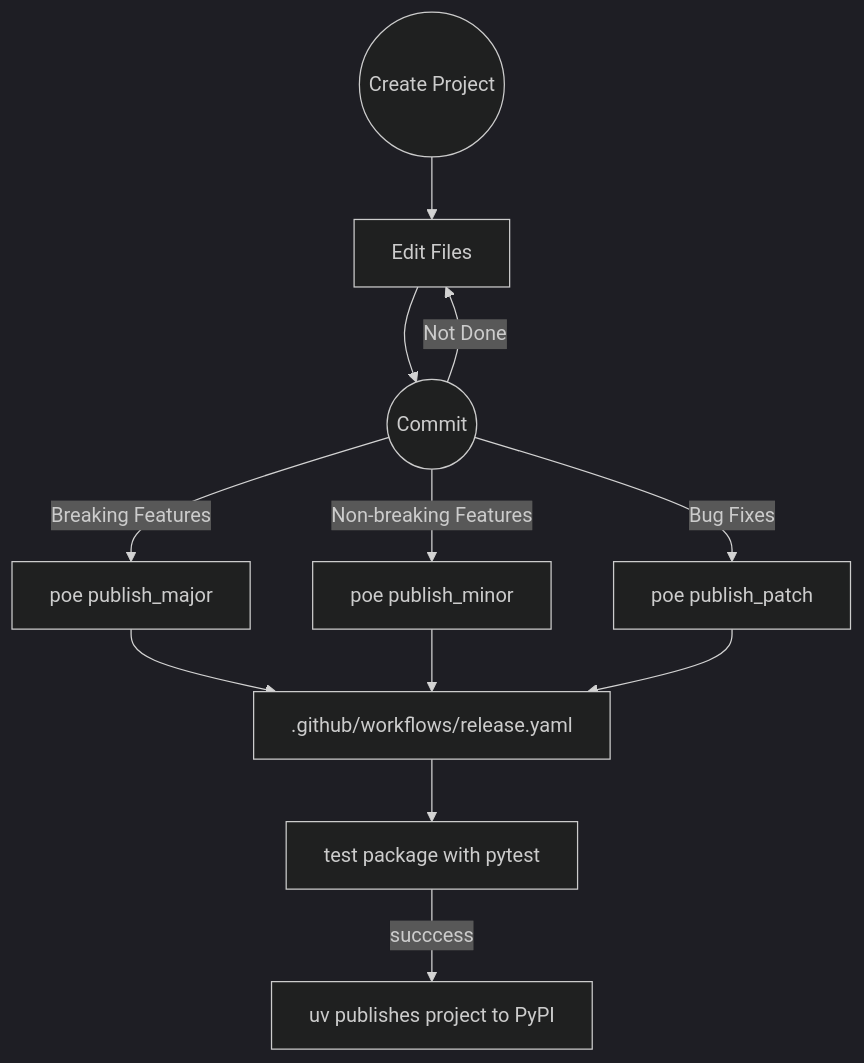
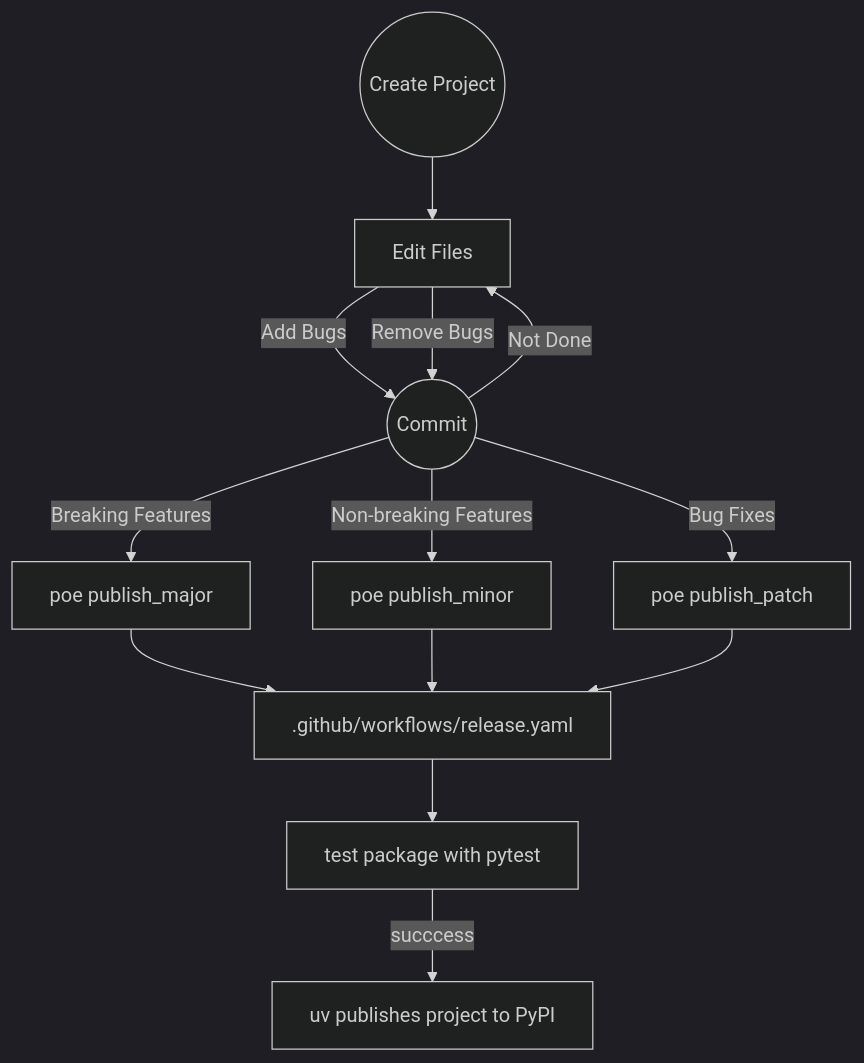
The diagram in README.md (JnyJny/python-package-cookiecutter), drawn with Mermaid (dark theme) before and after one commit. The commit also changed other lines of this file, not shown here.

````diff
--- a/README.md
+++ b/README.md
@@ -168,14 +170,15 @@
 ```mermaid
 flowchart TD
     Create((Create Project)) --> Edit[Edit Files]
-    Edit --> Commit((Commit))
+    Edit --> |Add Bugs| Commit((Commit))
+    Edit --> |Remove Bugs| Commit
     Commit -->|Not Done| Edit
     Commit --> |Breaking Features| Major[poe publish_major]
     Commit --> |Non-breaking Features| Minor[poe publish_minor]
     Commit --> |Bug Fixes| Patch[poe publish_patch]
     Major --> workflow[.github/workflows/release.yaml]
     Minor --> workflow
     Patch --> workflow
     workflow --> test[test package with pytest]
     test --> |succcess| publish[uv publishes project to PyPI]
 ```
````
